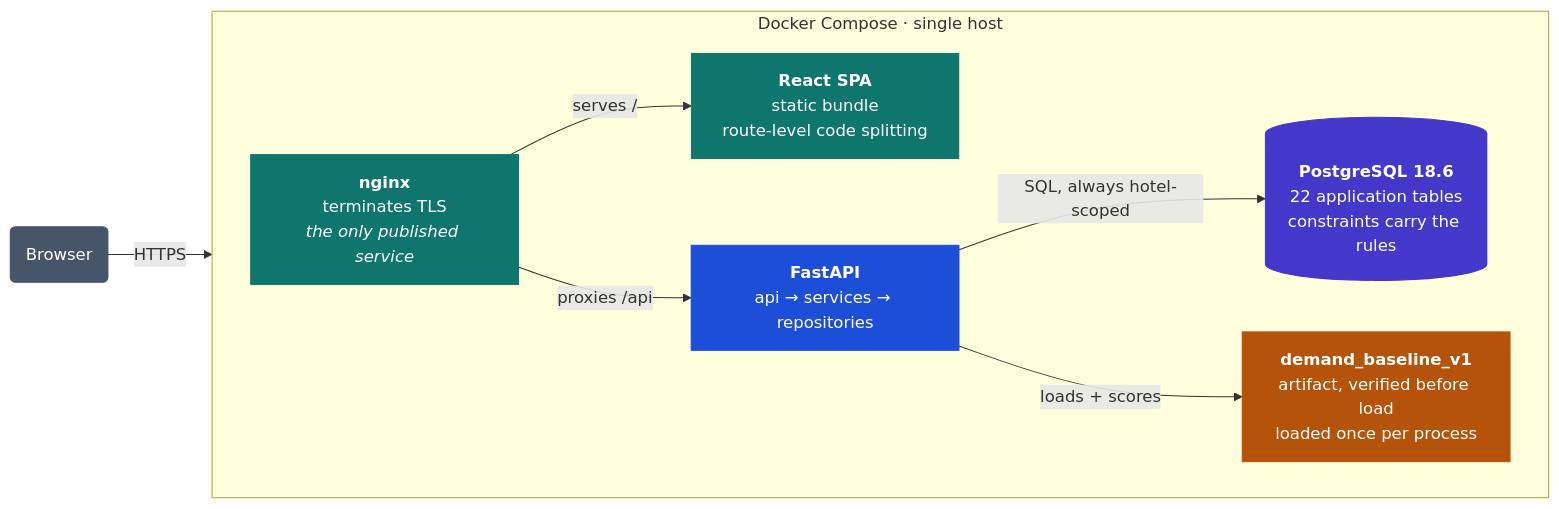
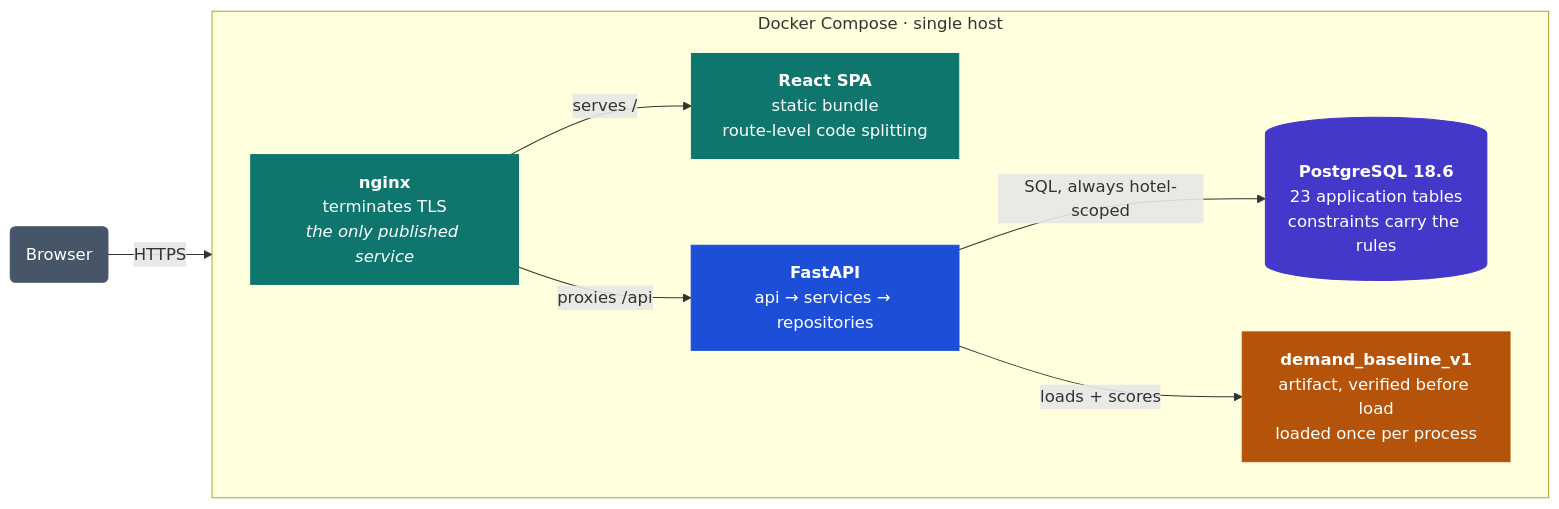
One commit to geortsam/AI_Hotel_Intelligence_Platform changed the first of 3 diagrams in README.md. Above: the diagram before and after it, drawn with Mermaid. The commit also changed other lines of this file and 50 other files, not shown here.

````diff
--- a/README.md
+++ b/README.md
@@ -211,30 +211,30 @@
 ```mermaid
 flowchart LR
     B("Browser")
 
     subgraph host["Docker Compose · single host"]
         direction LR
         N["<b>nginx</b><br/>terminates TLS<br/><i>the only published service</i>"]
         S["<b>React SPA</b><br/>static bundle<br/>route-level code splitting"]
         A["<b>FastAPI</b><br/>api → services → repositories"]
         M["<b>demand_baseline_v1</b><br/>artifact, verified before load<br/>loaded once per process"]
-        D[("<b>PostgreSQL 18.6</b><br/>22 application tables<br/>constraints carry the rules")]
+        D[("<b>PostgreSQL 18.6</b><br/>23 application tables<br/>constraints carry the rules")]
     end
 
     B -- "HTTPS" --> N
     N -- "serves /" --> S
     N -- "proxies /api" --> A
     A -- "SQL, always hotel-scoped" --> D
     A -- "loads + scores" --> M
 
     classDef edge fill:#0f766e,stroke:#0f766e,color:#ffffff
     classDef app fill:#1d4ed8,stroke:#1d4ed8,color:#ffffff
     classDef data fill:#4338ca,stroke:#4338ca,color:#ffffff
     classDef model fill:#b45309,stroke:#b45309,color:#ffffff
     classDef ext fill:#475569,stroke:#475569,color:#ffffff
     class N,S edge
     class A app
     class D data
     class M model
     class B ext
 ```
````
